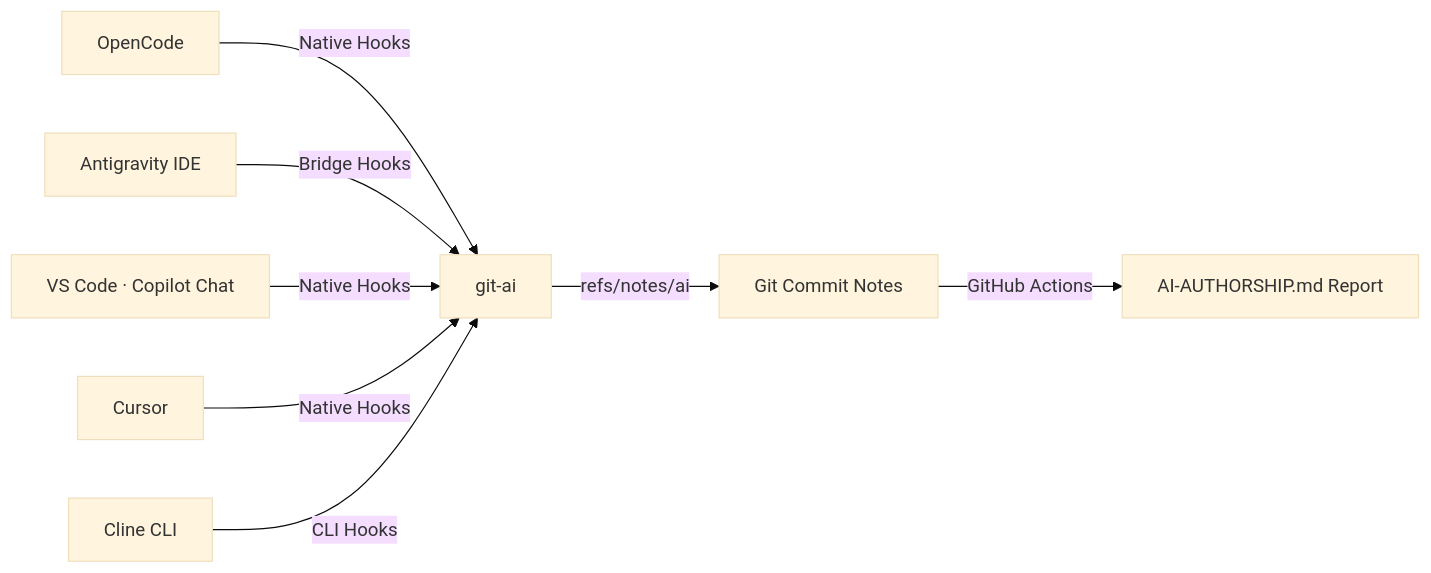
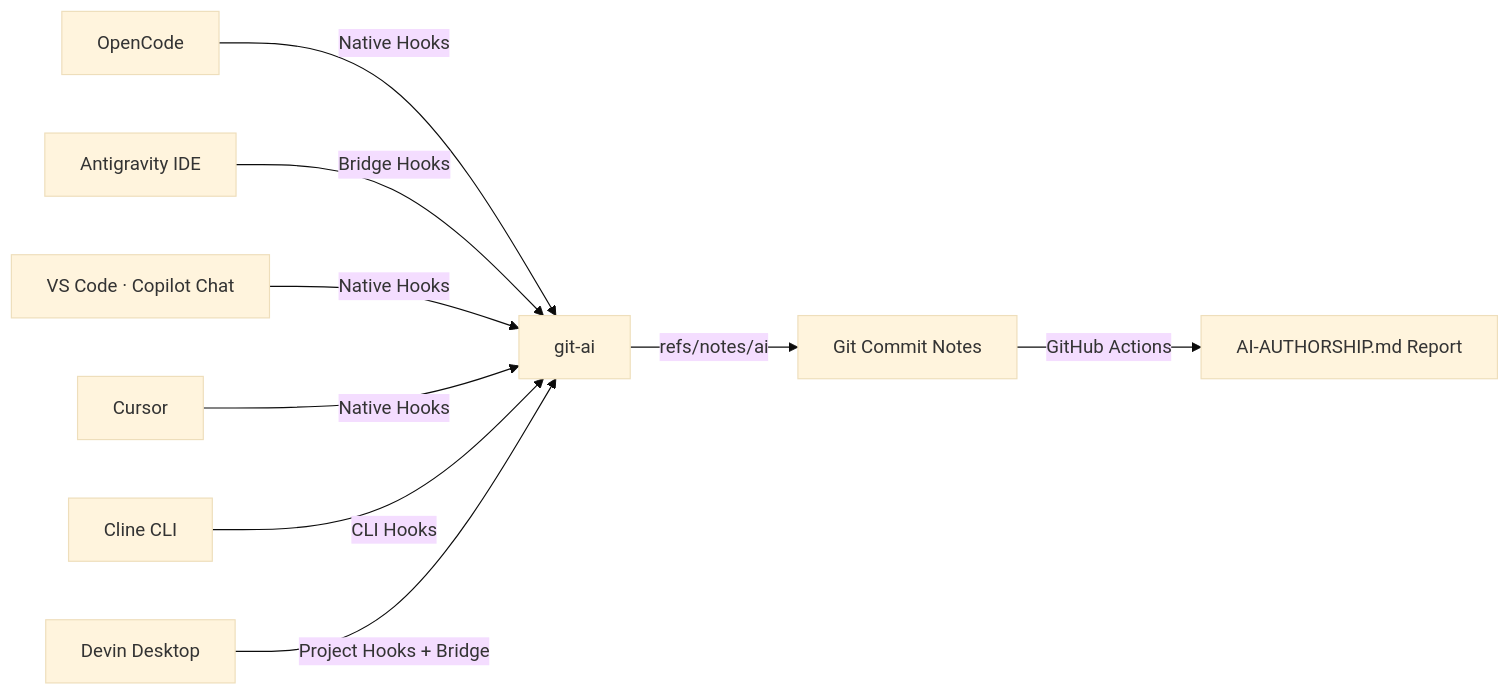
The diagram in README.md (CaliMark/ai-authorship), drawn with Mermaid (base theme) before and after one commit. The commit also changed other lines of this file and 1 other file, not shown here.

First line of the commit message:
docs: document Devin Desktop attribution via .devin hooks + bridge

````diff
--- a/README.md
+++ b/README.md
@@ -50,10 +51,11 @@
 ```mermaid
 graph LR
     A[OpenCode] -->|Native Hooks| C[git-ai]
     B[Antigravity IDE] -->|Bridge Hooks| C
     D[VS Code · Copilot Chat] -->|Native Hooks| C
     G[Cursor] -->|Native Hooks| C
     H[Cline CLI] -->|CLI Hooks| C
+    I[Devin Desktop] -->|Project Hooks + Bridge| C
     C -->|refs/notes/ai| E[Git Commit Notes]
     E -->|GitHub Actions| F[AI-AUTHORSHIP.md Report]
 ```
````
